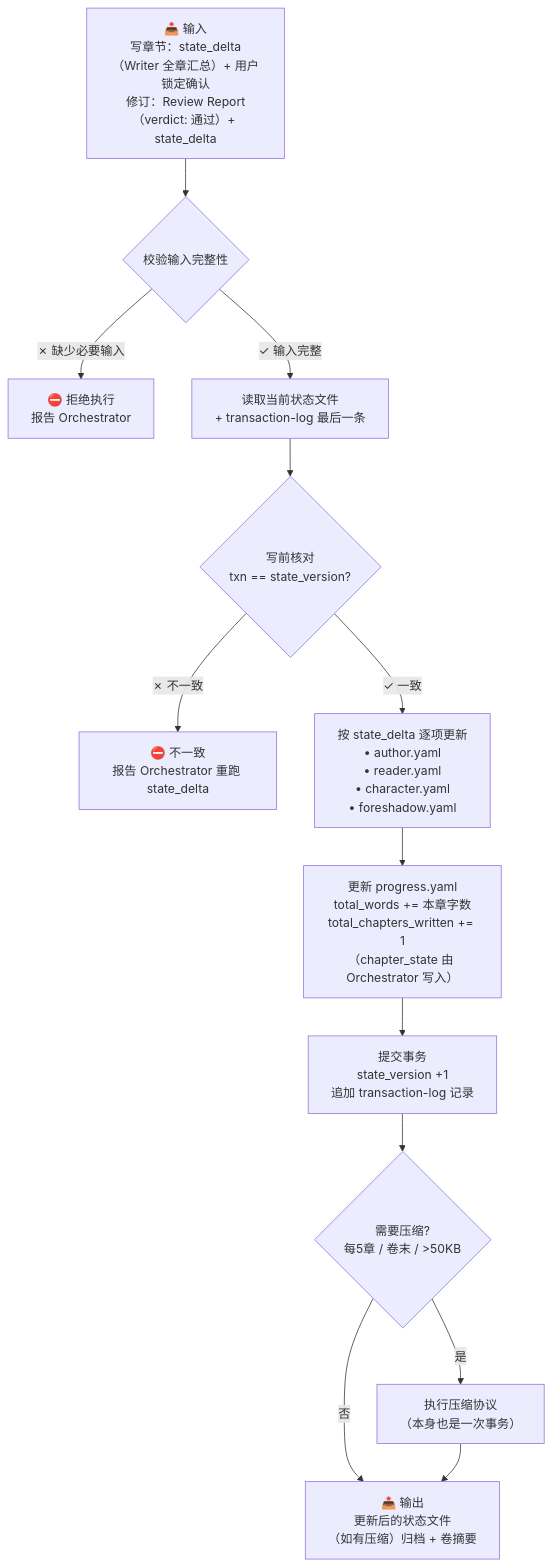
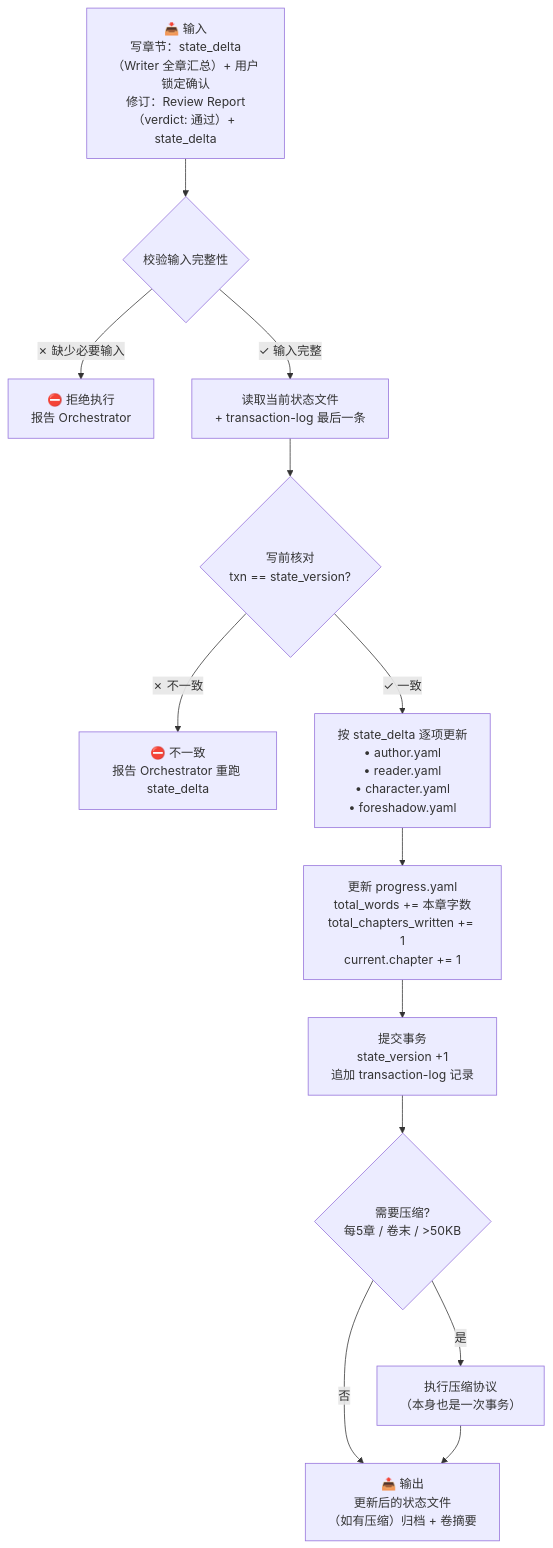
The diagram in agents/state-manager.md (deathwhispers/novel-studio), drawn with Mermaid before and after one commit. The commit also changed other lines of this file and 14 other files, not shown here.

````diff
--- a/agents/state-manager.md
+++ b/agents/state-manager.md
@@ -134,32 +136,32 @@
 ```mermaid
 flowchart TD
     Input["📥 输入<br/>写章节：state_delta（Writer 全章汇总）+ 用户锁定确认<br/>修订：Review Report（verdict: 通过）+ state_delta"]
 
     Validate{"校验输入完整性"}
     Reject["⛔ 拒绝执行<br/>报告 Orchestrator"]
 
     Read["读取当前状态文件<br/>+ transaction-log 最后一条"]
     VersionCheck{"写前核对<br/>txn == state_version?"}
     VersionReject["⛔ 不一致<br/>报告 Orchestrator 重跑 state_delta"]
 
     Update["按 state_delta 逐项更新<br/>• author.yaml<br/>• reader.yaml<br/>• character.yaml<br/>• foreshadow.yaml"]
-    Progress["更新 progress.yaml<br/>total_words += 本章字数<br/>total_chapters_written += 1<br/>（chapter_state 由 Orchestrator 写入）"]
+    Progress["更新 progress.yaml<br/>total_words += 本章字数<br/>total_chapters_written += 1<br/>current.chapter += 1"]
     Commit["提交事务<br/>state_version +1<br/>追加 transaction-log 记录"]
 
     Compress{"需要压缩?<br/>每5章 / 卷末 / >50KB"}
     RunCompress["执行压缩协议<br/>（本身也是一次事务）"]
     Done["📤 输出<br/>更新后的状态文件<br/>（如有压缩）归档 + 卷摘要"]
 
     Input --> Validate
     Validate -->|"✗ 缺少必要输入"| Reject
     Validate -->|"✓ 输入完整"| Read
     Read --> VersionCheck
     VersionCheck -->|"✗ 不一致"| VersionReject
     VersionCheck -->|"✓ 一致"| Update
     Update --> Progress
     Progress --> Commit
     Commit --> Compress
     Compress -->|"是"| RunCompress
     Compress -->|"否"| Done
     RunCompress --> Done
 ```
````
